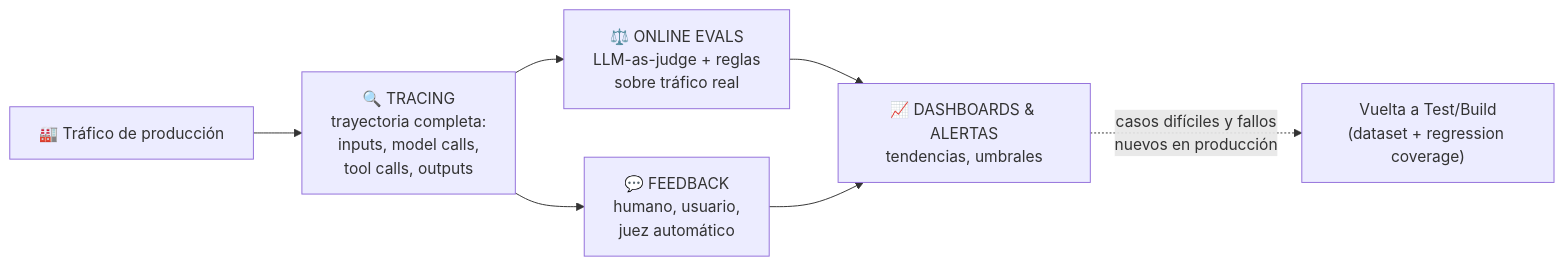
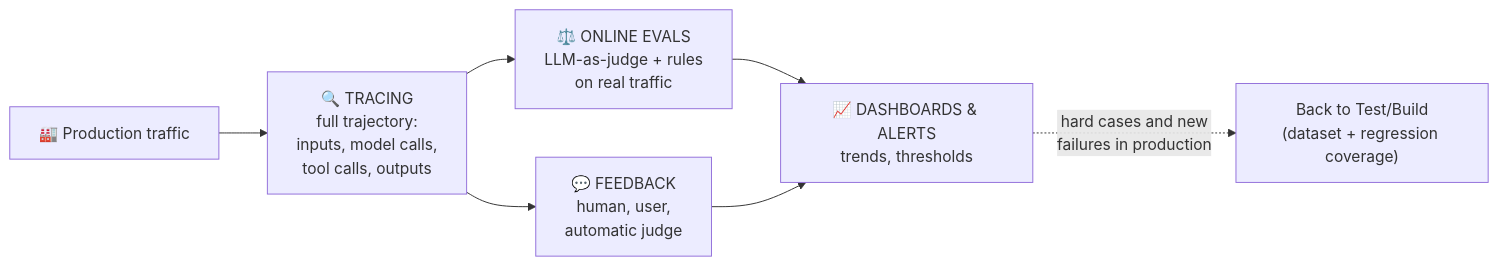
One commit to alejandrogolfe/agent-methodology changed the diagram in docs/04-monitor.md. Above: the diagram before and after it, drawn with Mermaid. The commit also changed other lines of this file and 8 other files, not shown here.

````diff
--- a/docs/04-monitor.md
+++ b/docs/04-monitor.md
@@ -11,9 +11,9 @@
 ```mermaid
 flowchart LR
-    PROD["🏭 Tráfico de producción"] --> TR["🔍 TRACING<br/>trayectoria completa:<br/>inputs, model calls,<br/>tool calls, outputs"]
-    TR --> OE["⚖️ ONLINE EVALS<br/>LLM-as-judge + reglas<br/>sobre tráfico real"]
-    TR --> FB["💬 FEEDBACK<br/>humano, usuario,<br/>juez automático"]
-    OE --> DASH["📈 DASHBOARDS & ALERTAS<br/>tendencias, umbrales"]
+    PROD["🏭 Production traffic"] --> TR["🔍 TRACING<br/>full trajectory:<br/>inputs, model calls,<br/>tool calls, outputs"]
+    TR --> OE["⚖️ ONLINE EVALS<br/>LLM-as-judge + rules<br/>on real traffic"]
+    TR --> FB["💬 FEEDBACK<br/>human, user,<br/>automatic judge"]
+    OE --> DASH["📈 DASHBOARDS & ALERTS<br/>trends, thresholds"]
     FB --> DASH
-    DASH -.->|casos difíciles y fallos<br/>nuevos en producción| BACK["Vuelta a Test/Build<br/>(dataset + regression coverage)"]
+    DASH -.->|hard cases and new<br/>failures in production| BACK["Back to Test/Build\n(dataset + regression coverage)"]
 ```
````
